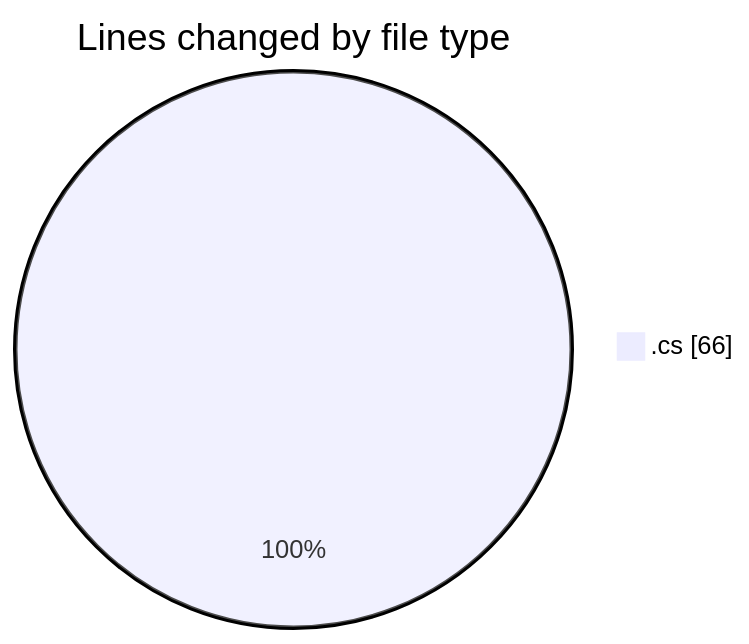
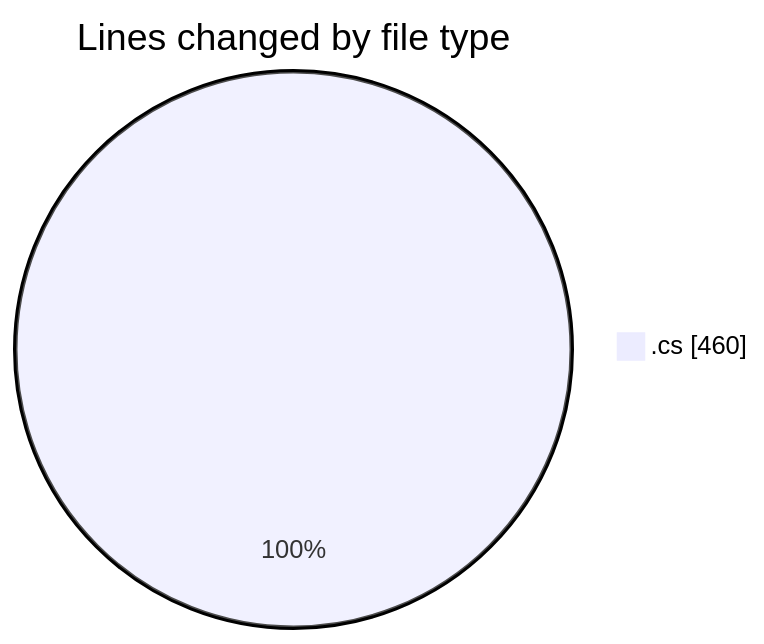
Before and after one commit to Netris89/code-tracking: the first of 2 diagrams in 2025-03-25/back-end/README.md, drawn with Mermaid. The commit also changed other lines of this file and 1 other file, not shown here.

````diff
--- a/2025-03-25/back-end/README.md
+++ b/2025-03-25/back-end/README.md
@@ -20,5 +26,5 @@
 ```mermaid
 pie showData
 title Lines changed by file type
-".cs" : 66
+".cs" : 460
 ```
````
